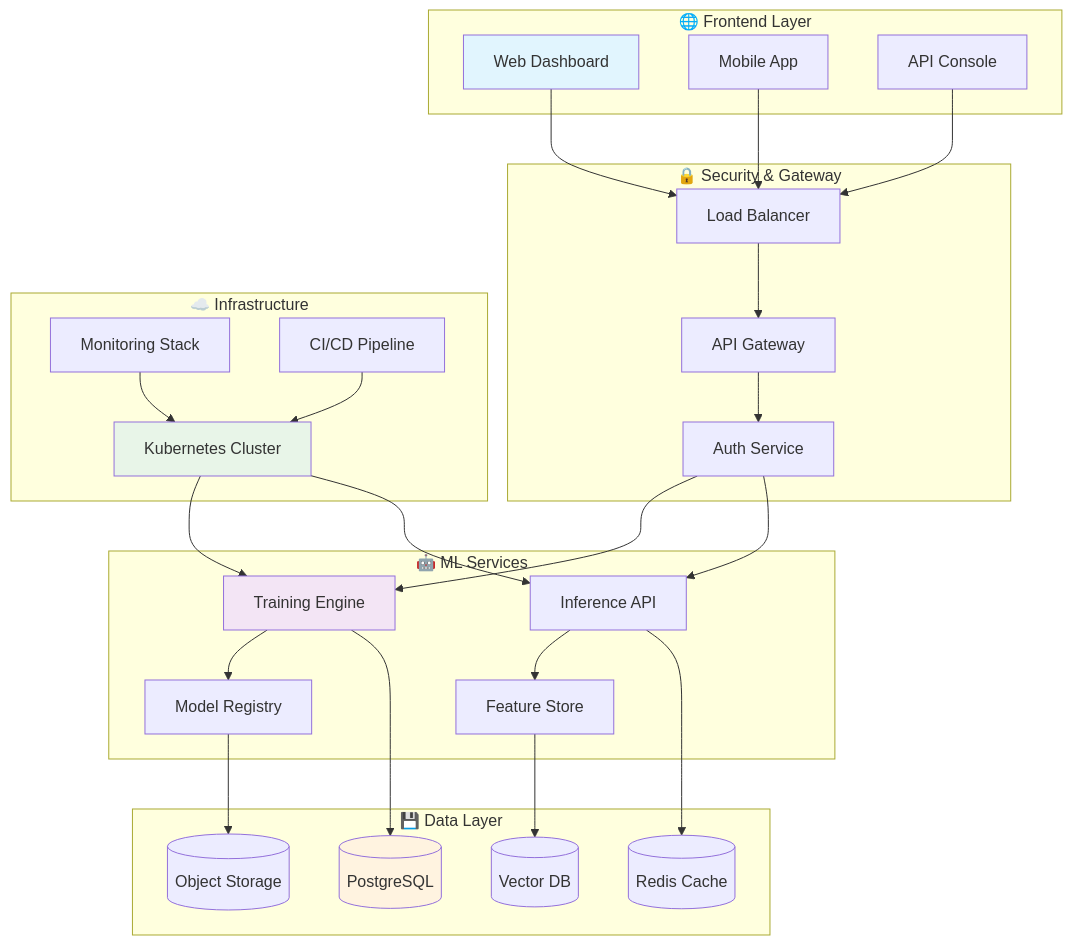
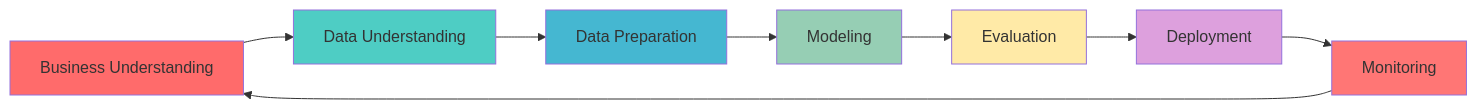
Before and after one commit to FestusMatsitsa/FestusMatsitsa: the third of 5 diagrams in README.md, drawn with Mermaid. The commit also changed other lines of this file, not shown here.

````diff
--- a/README.md
+++ b/README.md
@@ -182,57 +458,18 @@
 ```mermaid
-graph TB
-    subgraph "🌐 Frontend Layer"
-        A[Web Dashboard]
-        B[Mobile App]
-        C[API Console]
-    end
+graph LR
+    A[Business Understanding] --> B[Data Understanding]
+    B --> C[Data Preparation]
+    C --> D[Modeling]
+    D --> E[Evaluation]
+    E --> F[Deployment]
+    F --> G[Monitoring]
+    G --> A
     
-    subgraph "🔒 Security & Gateway"
-        D[Load Balancer]
-        E[API Gateway]
-        F[Auth Service]
-    end
-    
-    subgraph "🤖 ML Services"
-        G[Training Engine]
-        H[Inference API]
-        I[Model Registry]
-        J[Feature Store]
-    end
-    
-    subgraph "💾 Data Layer"
-        K[(PostgreSQL)]
-        L[(Redis Cache)]
-        M[(Object Storage)]
-        N[(Vector DB)]
-    end
-    
-    subgraph "☁️ Infrastructure"
-        O[Kubernetes Cluster]
-        P[Monitoring Stack]
-        Q[CI/CD Pipeline]
-    end
-    
-    A --> D
-    B --> D
-    C --> D
-    D --> E
-    E --> F
-    F --> G
-    F --> H
-    G --> I
-    H --> J
-    G --> K
-    H --> L
-    I --> M
-    J --> N
-    O --> G
-    O --> H
-    P --> O
-    Q --> O
-    
-    style A fill:#e1f5fe
-    style G fill:#f3e5f5
-    style K fill:#fff3e0
-    style O fill:#e8f5e8
+    style A fill:#ff6b6b
+    style B fill:#4ecdc4
+    style C fill:#45b7d1
+    style D fill:#96ceb4
+    style E fill:#ffeaa7
+    style F fill:#dda0dd
+    style G fill:#ff7675
 ```
````
